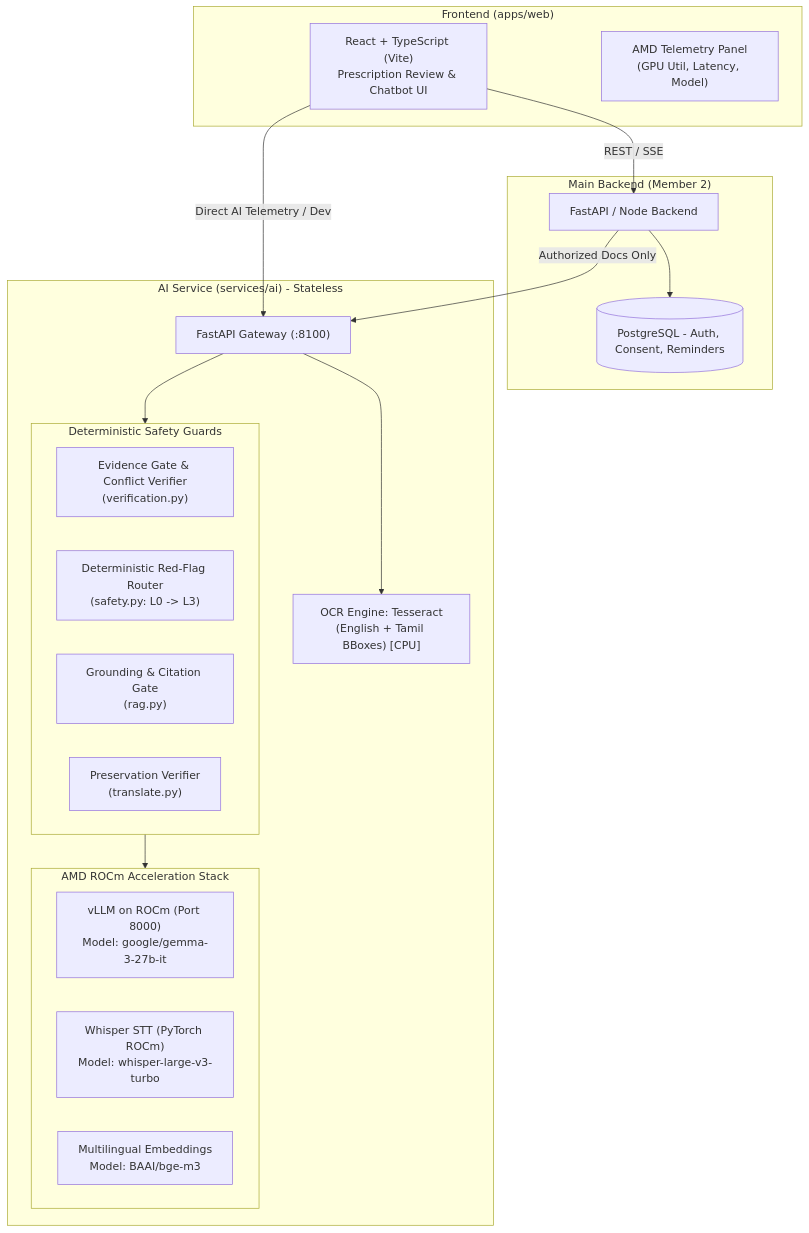
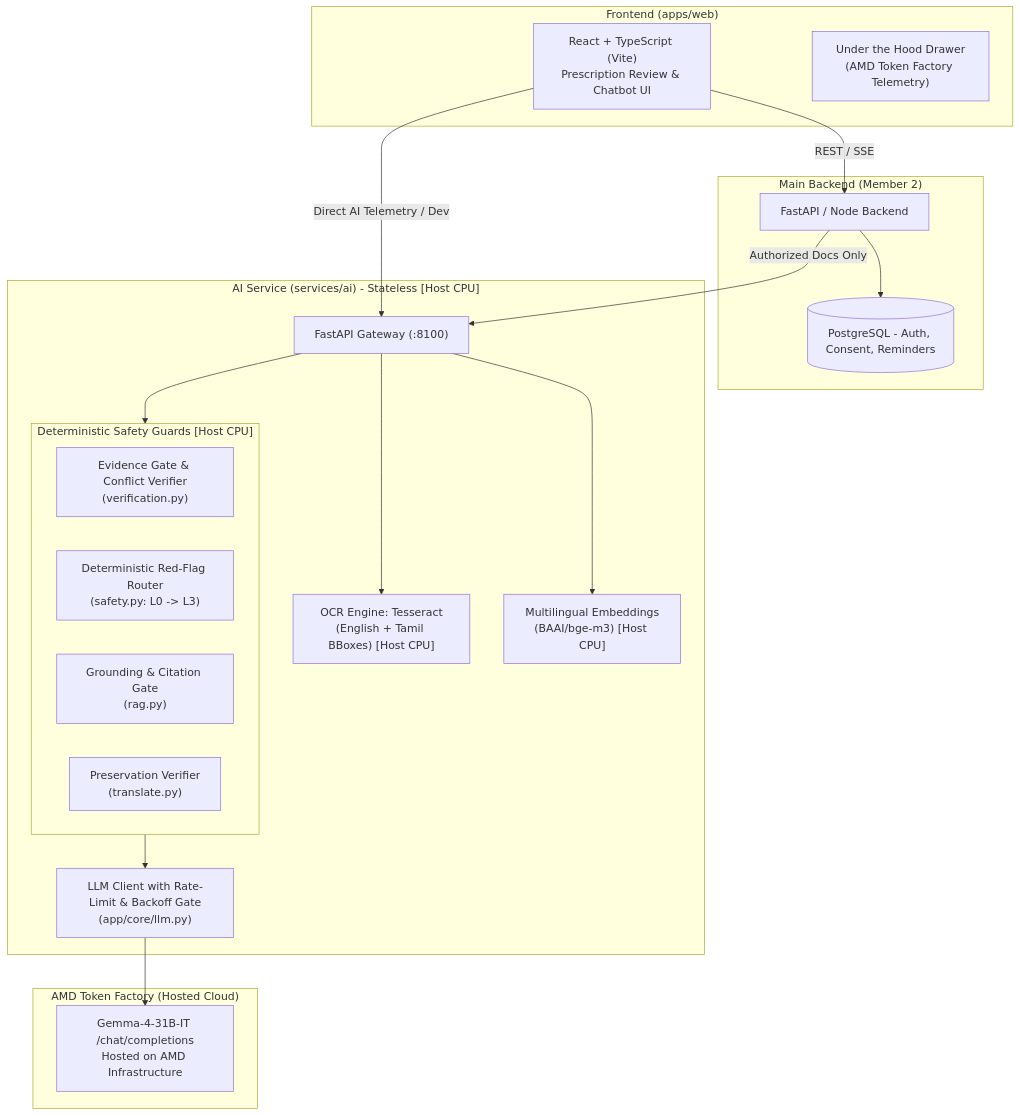
The diagram in README.md (SANDHIYAPRIYADHARSHINI/CareBridge), drawn with Mermaid before and after one commit. The commit also changed other lines of this file and 42 other files, not shown here.

````diff
--- a/README.md
+++ b/README.md
@@ -15,39 +15,42 @@
 ```mermaid
 flowchart TD
     subgraph Client["Frontend (apps/web)"]
         UI["React + TypeScript (Vite)\nPrescription Review & Chatbot UI"]
-        AmdPanel["AMD Telemetry Panel\n(GPU Util, Latency, Model)"]
+        AmdPanel["Under the Hood Drawer\n(AMD Token Factory Telemetry)"]
     end
 
     subgraph Backend["Main Backend (Member 2)"]
         API["FastAPI / Node Backend"]
         DB[(PostgreSQL - Auth, Consent, Reminders)]
     end
 
-    subgraph AIService["AI Service (services/ai) - Stateless"]
+    subgraph AIService["AI Service (services/ai) - Stateless [Host CPU]"]
         Gateway["FastAPI Gateway (:8100)"]
-        OCR["OCR Engine: Tesseract\n(English + Tamil BBoxes) [CPU]"]
+        OCR["OCR Engine: Tesseract\n(English + Tamil BBoxes) [Host CPU]"]
+        Embeddings["Multilingual Embeddings\n(BAAI/bge-m3) [Host CPU]"]
         
-        subgraph SafetyGuards["Deterministic Safety Guards"]
+        subgraph SafetyGuards["Deterministic Safety Guards [Host CPU]"]
             EvidenceGate["Evidence Gate & Conflict Verifier\n(verification.py)"]
             RedFlag["Deterministic Red-Flag Router\n(safety.py: L0 -> L3)"]
             GroundingGate["Grounding & Citation Gate\n(rag.py)"]
             TranslationCheck["Preservation Verifier\n(translate.py)"]
         end
 
-        subgraph AMDRuntime["AMD ROCm Acceleration Stack"]
-            vLLM["vLLM on ROCm (Port 8000)\nModel: google/gemma-3-27b-it"]
-            Whisper["Whisper STT (PyTorch ROCm)\nModel: whisper-large-v3-turbo"]
-            Embeddings["Multilingual Embeddings\nModel: BAAI/bge-m3"]
-        end
+        LLMClientCore["LLM Client with Rate-Limit & Backoff Gate\n(app/core/llm.py)"]
+    end
+
+    subgraph AMDCloud["AMD Token Factory (Hosted Cloud)"]
+        TokenFactory["Gemma-4-31B-IT /chat/completions\nHosted on AMD Infrastructure"]
     end
 
     UI -->|REST / SSE| API
     UI -->|Direct AI Telemetry / Dev| Gateway
     API -->|Authorized Docs Only| Gateway
     API --> DB
 
     Gateway --> OCR
+    Gateway --> Embeddings
     Gateway --> SafetyGuards
-    SafetyGuards --> AMDRuntime
+    SafetyGuards --> LLMClientCore
+    LLMClientCore --> TokenFactory
 ```
````
